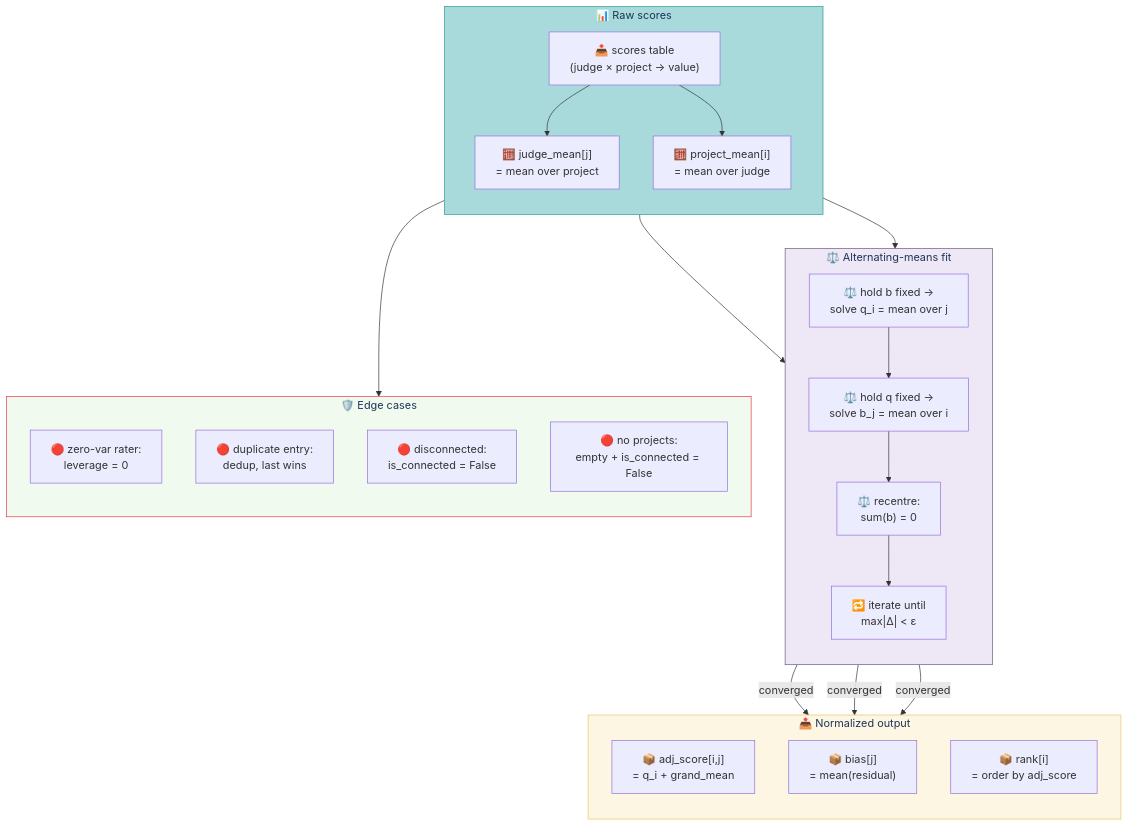
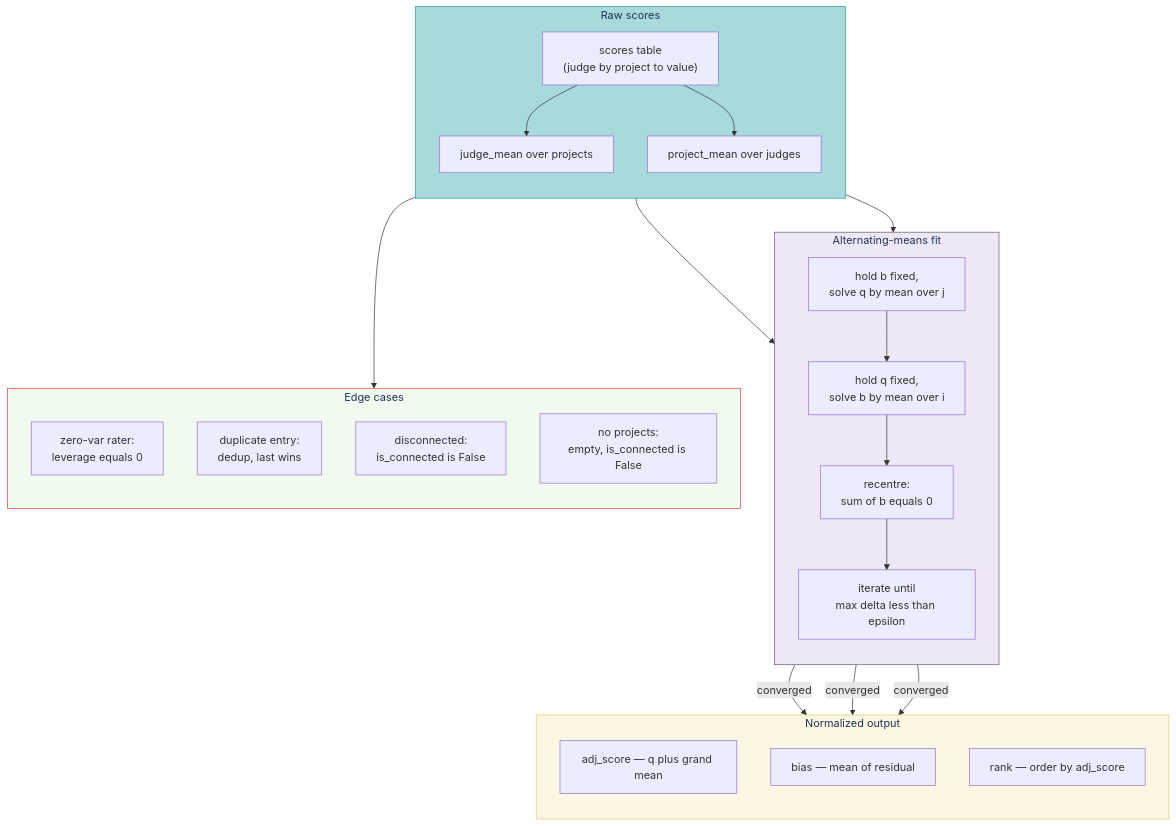
One commit to choksi2212/dogfood-hackathon changed the diagram in docs/TESTING-NORMALIZATION.md. Above: the diagram before and after it, drawn with Mermaid. The commit also changed 20 other files, not shown here.

First line of the commit message:
Fix mermaid parse errors across 21 docs

````diff
--- a/docs/TESTING-NORMALIZATION.md
+++ b/docs/TESTING-NORMALIZATION.md
@@ -14,47 +14,47 @@
 ```mermaid
 flowchart TB
-    subgraph RAW["📊 Raw scores"]
+    subgraph RAW["Raw scores"]
         direction TB
-        R1["📥 scores table<br/>(judge × project → value)"]
-        R2["🧮 judge_mean[j]<br/>= mean over project"]
-        R3["🧮 project_mean[i]<br/>= mean over judge"]
+        R1["scores table<br/>(judge by project to value)"]
+        R2["judge_mean over projects"]
+        R3["project_mean over judges"]
     end
 
-    subgraph FIT["⚖️ Alternating-means fit"]
+    subgraph FIT["Alternating-means fit"]
         direction TB
-        F1["⚖️ hold b fixed →<br/>solve q_i = mean over j"]
-        F2["⚖️ hold q fixed →<br/>solve b_j = mean over i"]
-        F3["⚖️ recentre:<br/>sum(b) = 0"]
-        F4["🔁 iterate until<br/>max|Δ| < ε"]
+        F1["hold b fixed,<br/>solve q by mean over j"]
+        F2["hold q fixed,<br/>solve b by mean over i"]
+        F3["recentre:<br/>sum of b equals 0"]
+        F4["iterate until<br/>max delta less than epsilon"]
     end
 
-    subgraph OUT["📤 Normalized output"]
+    subgraph OUT["Normalized output"]
         direction TB
-        O1["📦 adj_score[i,j]<br/>= q_i + grand_mean"]
-        O2["📦 bias[j]<br/>= mean(residual)"]
-        O3["📦 rank[i]<br/>= order by adj_score"]
+        O1["adj_score — q plus grand mean"]
+        O2["bias — mean of residual"]
+        O3["rank — order by adj_score"]
     end
 
-    subgraph GUARD["🛡️ Edge cases"]
+    subgraph GUARD["Edge cases"]
         direction TB
-        G1["🔴 zero-var rater:<br/>leverage = 0"]
-        G2["🔴 duplicate entry:<br/>dedup, last wins"]
-        G3["🔴 disconnected:<br/>is_connected = False"]
-        G4["🔴 no projects:<br/>empty + is_connected = False"]
+        G1["zero-var rater:<br/>leverage equals 0"]
+        G2["duplicate entry:<br/>dedup, last wins"]
+        G3["disconnected:<br/>is_connected is False"]
+        G4["no projects:<br/>empty, is_connected is False"]
     end
 
     R1 --> R2
     R1 --> R3
     R2 --> F1
     R3 --> F1
     F1 --> F2 --> F3 --> F4
     F4 -->|converged| O1
     F4 -->|converged| O2
     F4 -->|converged| O3
     R1 --> GUARD
 
     style RAW fill:#A8DADC,stroke:#2A9D8F,color:#1D3557
     style FIT fill:#EDE7F6,stroke:#6C567B,color:#1D3557
     style OUT fill:#FDF6E3,stroke:#E9C46A,color:#1D3557
     style GUARD fill:#F1FAEE,stroke:#E63946,color:#1D3557
 ```
````
